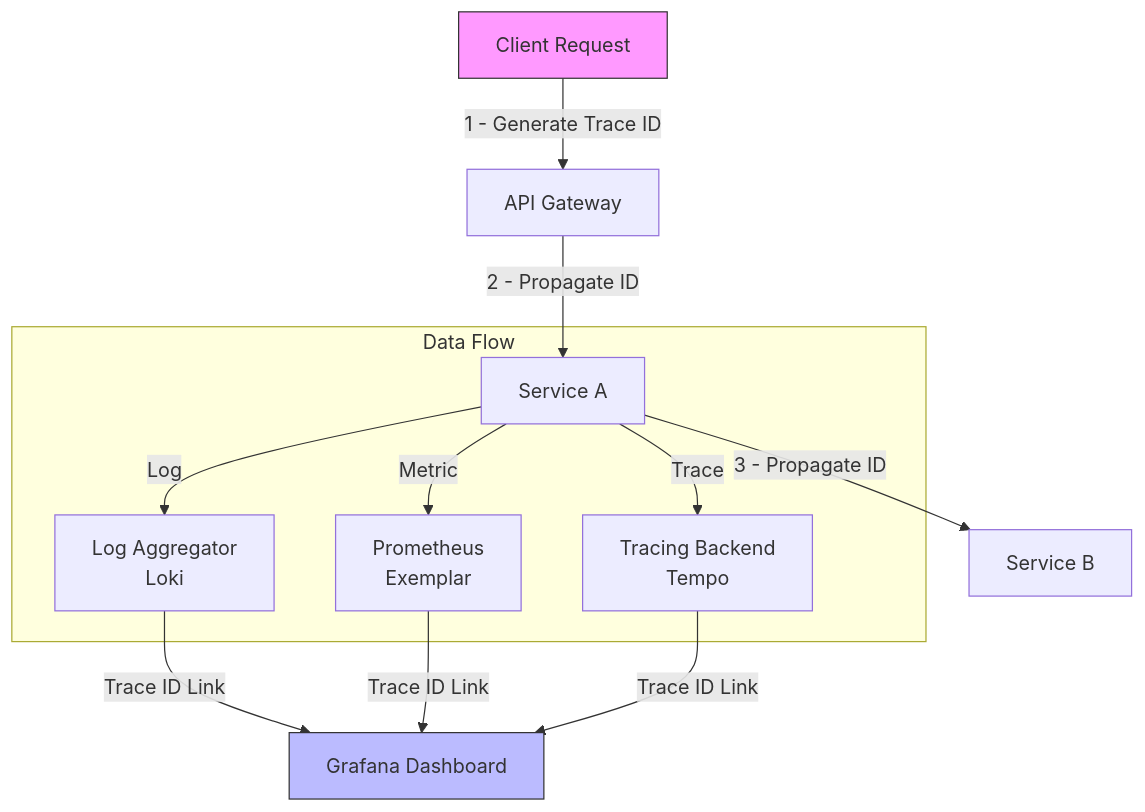
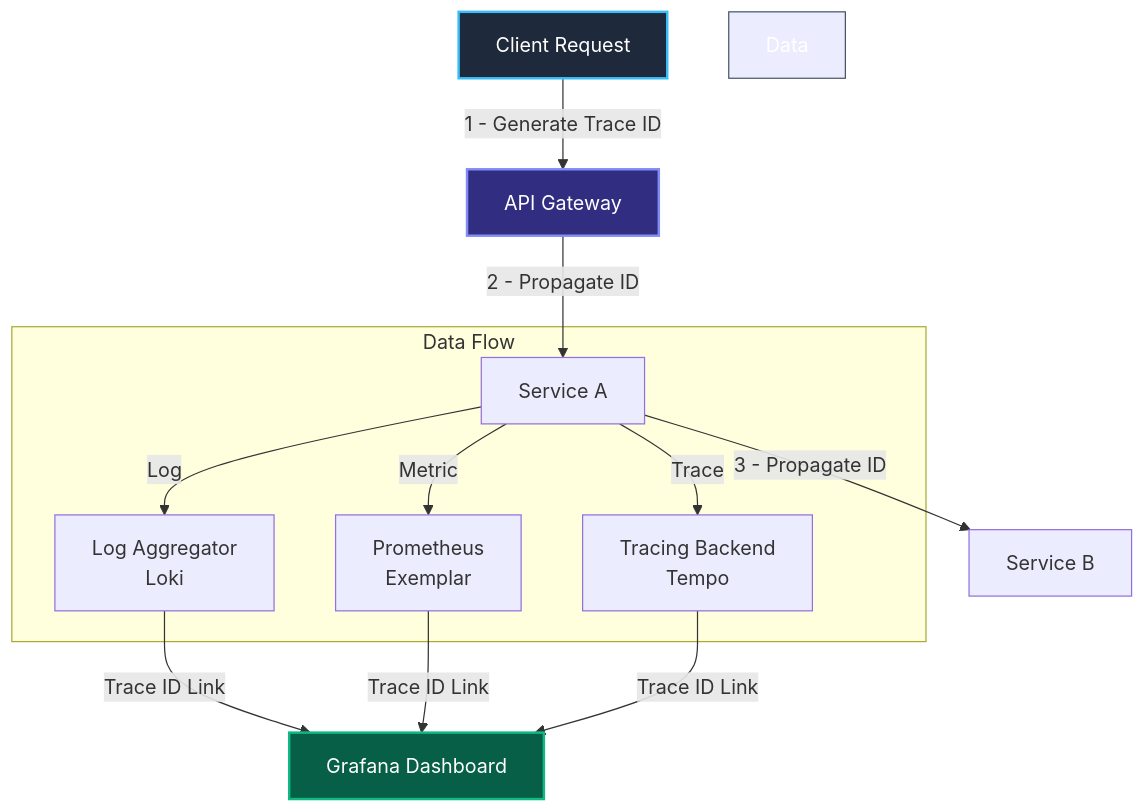
The diagram in sources/18. Observability (Мониторинг и наблюдаемость)/05. Практика/1. Correlation ID.md (UnrealTemplier/go-textbook), drawn with Mermaid before and after one commit. The commit also changed other lines of this file, not shown here.

````diff
--- a/sources/18. Observability (Мониторинг и наблюдаемость)/05. Практика/1. Correlation ID.md
+++ b/sources/18. Observability (Мониторинг и наблюдаемость)/05. Практика/1. Correlation ID.md
@@ -17,19 +36,21 @@
 ```mermaid
 flowchart TD
     A["Client Request"] -->|"1 - Generate Trace ID"| B["API Gateway"]
     B -->|"2 - Propagate ID"| C["Service A"]
     C -->|"3 - Propagate ID"| D["Service B"]
     
     subgraph "Data Flow"
         C -->|"Log"| E["Log Aggregator<br>Loki"]
         C -->|"Metric"| F["Prometheus<br>Exemplar"]
         C -->|"Trace"| G["Tracing Backend<br>Tempo"]
     end
     
     E -->|"Trace ID Link"| H["Grafana Dashboard"]
     F -->|"Trace ID Link"| H
     G -->|"Trace ID Link"| H
     
-    style A fill:#f9f,stroke:#333
-    style H fill:#bbf,stroke:#333
+    style A fill:#1e293b,stroke:#38bdf8,stroke-width:2px,color:#fff
+    style B fill:#312e81,stroke:#818cf8,stroke-width:2px,color:#fff
+    style H fill:#065f46,stroke:#10b981,stroke-width:2px,color:#fff
+    style Data Flow fill:#0f172a,stroke:#475569,stroke-width:1px,color:#fff
 ```
````
